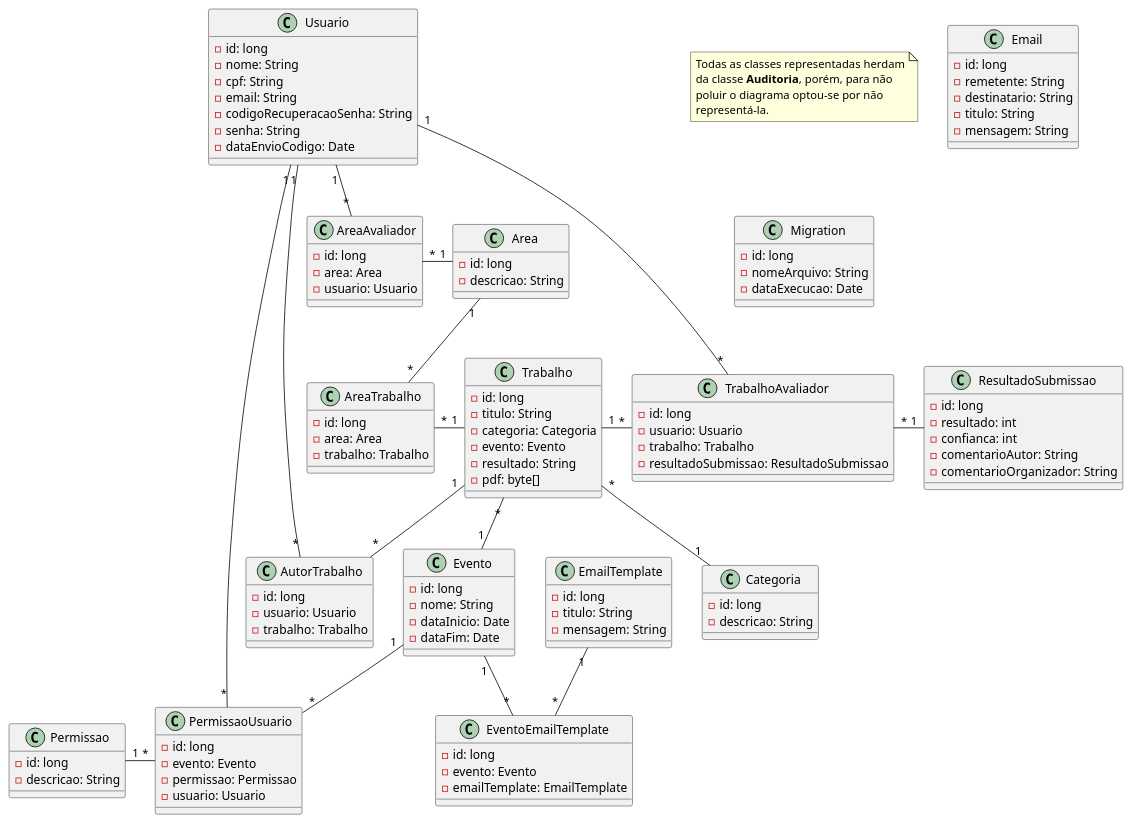
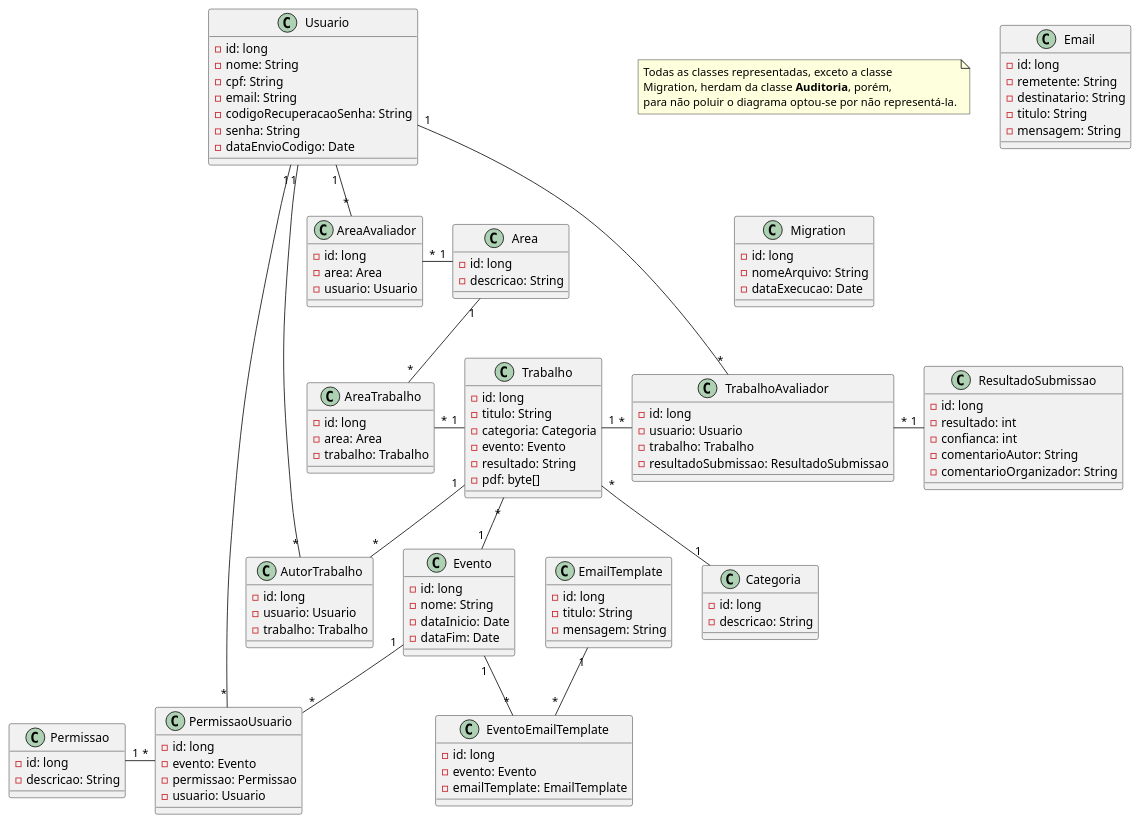
Before and after one commit to ifpr-paranavai/Trabif: the diagram in back/src/main/resources/diagrams/classDiagram.puml, drawn with PlantUML.

Commit message:
Adicionada nota no diagrama sobre a classe de auditoria

```diff
--- a/back/src/main/resources/diagrams/classDiagram.puml
+++ b/back/src/main/resources/diagrams/classDiagram.puml
@@ -1,134 +1,133 @@
 @startuml
 
 note as N1
-  Todas as classes representadas herdam
-  da classe <b>Auditoria</b>, porém, para não
-  poluir o diagrama optou-se por não
-  representá-la.
+  Todas as classes representadas, exceto a classe
+  Migration, herdam da classe <b>Auditoria</b>, porém,
+  para não poluir o diagrama optou-se por não representá-la.
 end note
 
 class Area {
 - id: long
 - descricao: String
 }
 
 class AreaAvaliador {
 - id: long
 - area: Area
 - usuario: Usuario
 }
 
 class AreaTrabalho {
 - id: long
 - area: Area
 - trabalho: Trabalho
 }
 
 class AutorTrabalho {
 - id: long
 - usuario: Usuario
 - trabalho: Trabalho
 }
 
 class Categoria {
 - id: long
 - descricao: String
 }
 
 class Email {
 - id: long
 - remetente: String
 - destinatario: String
 - titulo: String
 - mensagem: String
 }
 
 class EmailTemplate {
 - id: long
 - titulo: String
 - mensagem: String
 }
 
 class Evento {
 - id: long
 - nome: String
 - dataInicio: Date
 - dataFim: Date
 }
 
 class EventoEmailTemplate {
 - id: long
 - evento: Evento
 - emailTemplate: EmailTemplate
 }
 
 class Migration {
 - id: long
 - nomeArquivo: String
 - dataExecucao: Date
 }
 
 class Permissao {
 - id: long
 - descricao: String
 }
 
 class PermissaoUsuario {
 - id: long
 - evento: Evento
 - permissao: Permissao
 - usuario: Usuario
 }
 
 class ResultadoSubmissao {
 - id: long
 - resultado: int
 - confianca: int
 - comentarioAutor: String
 - comentarioOrganizador: String
 }
 
 class Trabalho {
 - id: long
 - titulo: String
 - categoria: Categoria
 - evento: Evento
 - resultado: String
 - pdf: byte[]
 }
 
 class TrabalhoAvaliador {
 - id: long
 - usuario: Usuario
 - trabalho: Trabalho
 - resultadoSubmissao: ResultadoSubmissao
 }
 
 class Usuario {
 - id: long
 - nome: String
 - cpf: String
 - email: String
 - codigoRecuperacaoSenha: String
 - senha: String
 - dataEnvioCodigo: Date
 }
 
 Area "1" -left- "*" AreaAvaliador
 Area "1" -- "*" AreaTrabalho
 Usuario "1" -down- "*" AreaAvaliador
 Usuario "1" -left- "*" AutorTrabalho
 Usuario "1" -down- "*" TrabalhoAvaliador
 Usuario "1" -up- "*" PermissaoUsuario
 Trabalho "1" -down- "*" AutorTrabalho
 Trabalho "1" -left- "*" AreaTrabalho
 Trabalho "*" -- "1" Categoria
 Trabalho "*" -- "1" Evento
 Trabalho "1" -right- "*" TrabalhoAvaliador
 Permissao "1" -right- "*" PermissaoUsuario
 Evento "1" -- "*" PermissaoUsuario
 Evento "1" -- "*" EventoEmailTemplate
 EmailTemplate "1" -- "*" EventoEmailTemplate
 ResultadoSubmissao "1" -left- "*" TrabalhoAvaliador
 
 @enduml
```
